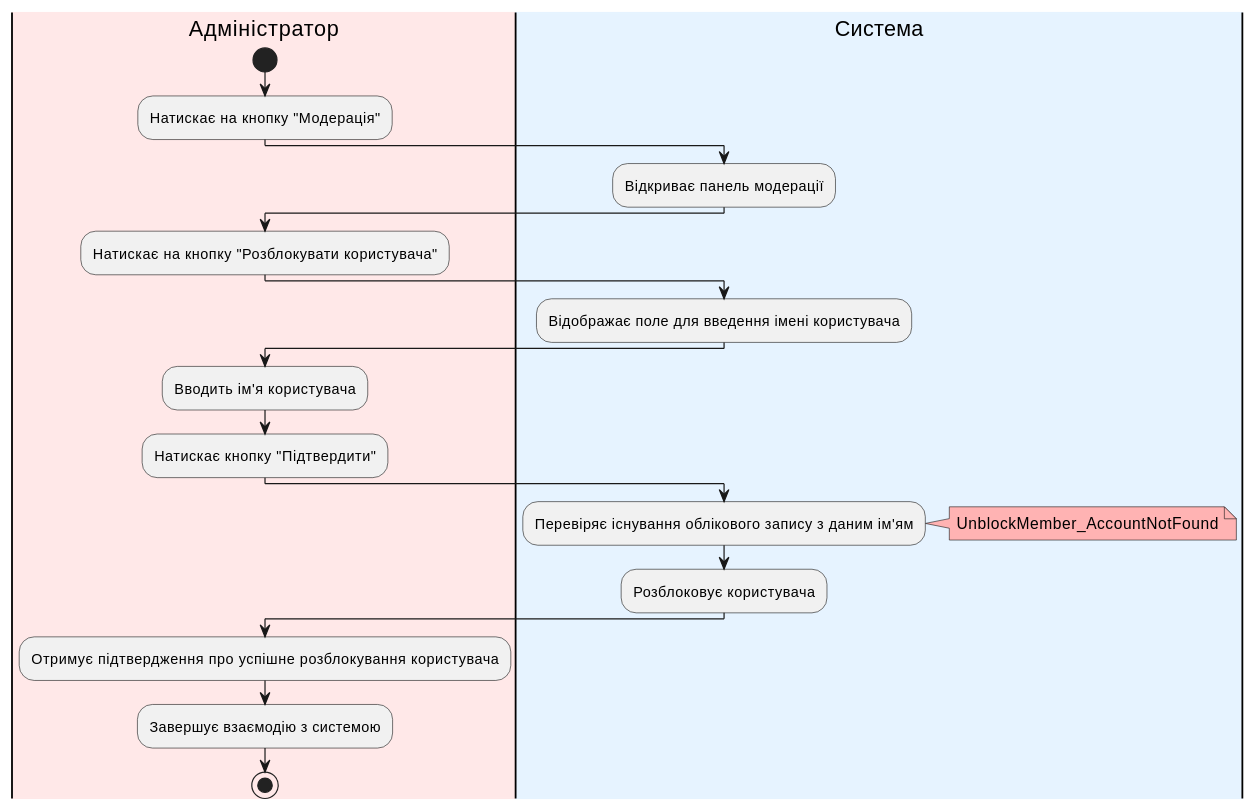
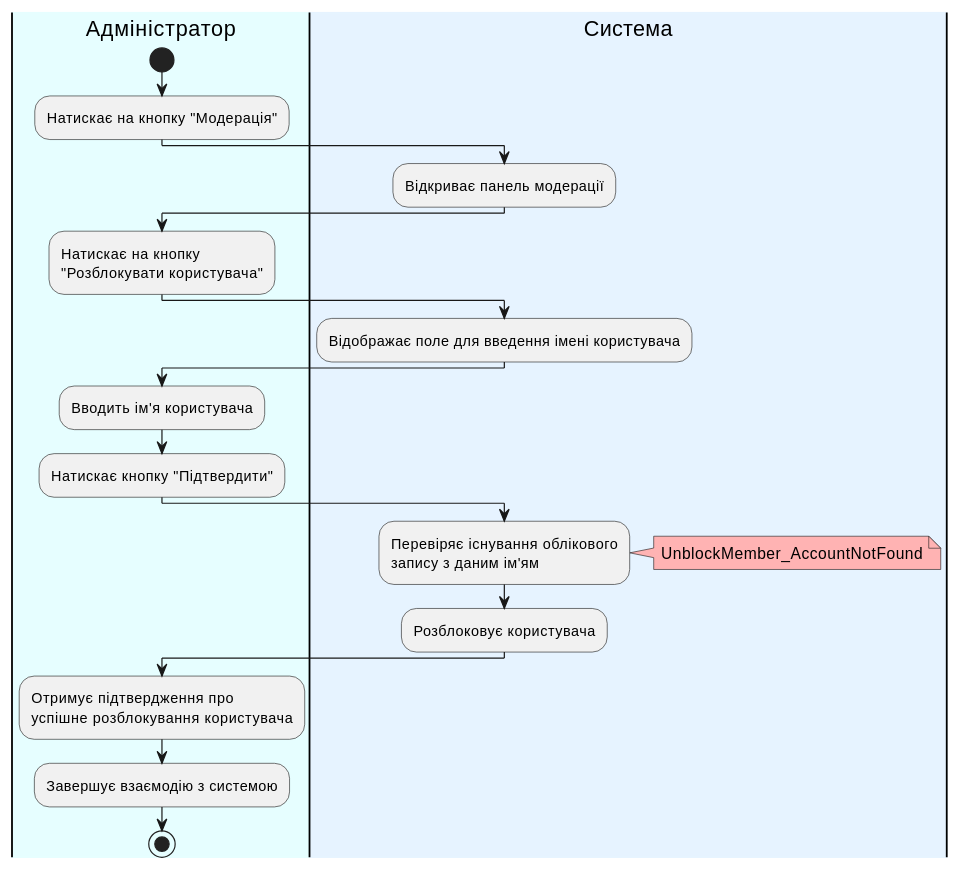
Diagram 27 of 27 in docs/use cases/README.md (wiiiolettaaaaa/coursework_database), drawn with PlantUML before and after one commit. The commit also changed other lines of this file, not shown here.

```diff
--- a/docs/use cases/README.md
+++ b/docs/use cases/README.md
@@ -1273,36 +1272,36 @@
 @startuml
 
-|#ffe8e8|Адміністратор|
+|#e6feff|Адміністратор|
 start;
 :Натискає на кнопку "Модерація";
 
 |#e6f3ff|Система|
 :Відкриває панель модерації;
 
 |Адміністратор|
-:Натискає на кнопку "Розблокувати користувача";
+:Натискає на кнопку\n"Розблокувати користувача";
 
 |Система|
 :Відображає поле для введення імені користувача;
 
 |Адміністратор|
 :Вводить ім'я користувача;
 
 :Натискає кнопку "Підтвердити";
 
 |Система|
-:Перевіряє існування облікового запису з даним ім'ям;
+:Перевіряє існування облікового\nзапису з даним ім'ям;
 
 note right #ffb3b3
 UnblockMember_AccountNotFound
 end note
 
 :Розблоковує користувача;
 
 |Адміністратор|
-:Отримує підтвердження про успішне розблокування користувача;
+:Отримує підтвердження про\nуспішне розблокування користувача;
 
 :Завершує взаємодію з системою;
 stop;
 
 @enduml
```
